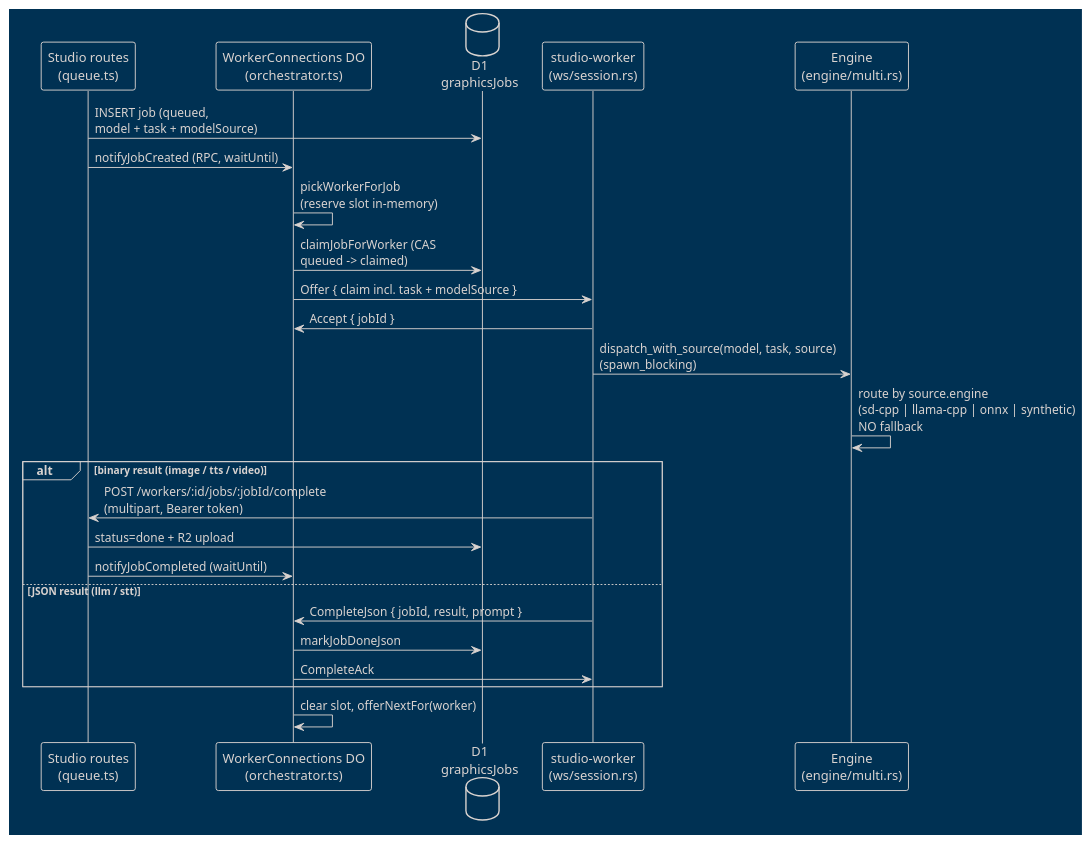
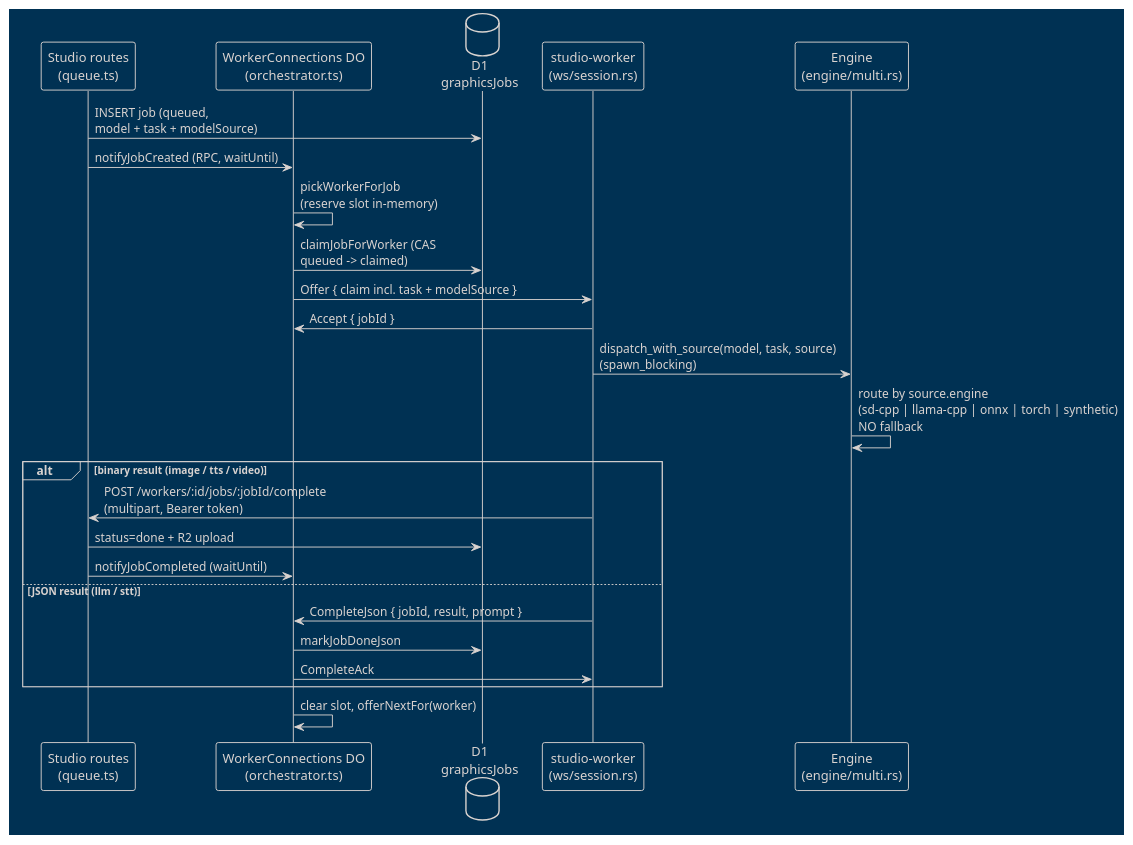
The diagram in docs/architecture/flows.md (webbertakken/studio-worker), drawn with PlantUML before and after one commit. The commit also changed other lines of this file and 40 other files, not shown here.

First line of the commit message:
feat: image to 3D with a torch engine (#181)

````diff
--- a/docs/architecture/flows.md
+++ b/docs/architecture/flows.md
@@ -149,29 +149,29 @@
 ```plantuml
 @startuml
 !theme blueprint
 participant "Studio routes\n(queue.ts)" as Q
 participant "WorkerConnections DO\n(orchestrator.ts)" as DO
 database "D1\ngraphicsJobs" as D1
 participant "studio-worker\n(ws/session.rs)" as W
 participant "Engine\n(engine/multi.rs)" as E
 
 Q -> D1 : INSERT job (queued,\nmodel + task + modelSource)
 Q -> DO : notifyJobCreated (RPC, waitUntil)
 DO -> DO : pickWorkerForJob\n(reserve slot in-memory)
 DO -> D1 : claimJobForWorker (CAS\nqueued -> claimed)
 DO -> W : Offer { claim incl. task + modelSource }
 W -> DO : Accept { jobId }
 W -> E : dispatch_with_source(model, task, source)\n(spawn_blocking)
-E -> E : route by source.engine\n(sd-cpp | llama-cpp | onnx | synthetic)\nNO fallback
+E -> E : route by source.engine\n(sd-cpp | llama-cpp | onnx | torch | synthetic)\nNO fallback
 alt binary result (image / tts / video)
   W -> Q : POST /workers/:id/jobs/:jobId/complete\n(multipart, Bearer token)
   Q -> D1 : status=done + R2 upload
   Q -> DO : notifyJobCompleted (waitUntil)
 else JSON result (llm / stt)
   W -> DO : CompleteJson { jobId, result, prompt }
   DO -> D1 : markJobDoneJson
   DO -> W : CompleteAck
 end
 DO -> DO : clear slot, offerNextFor(worker)
 @enduml
 ```
````
